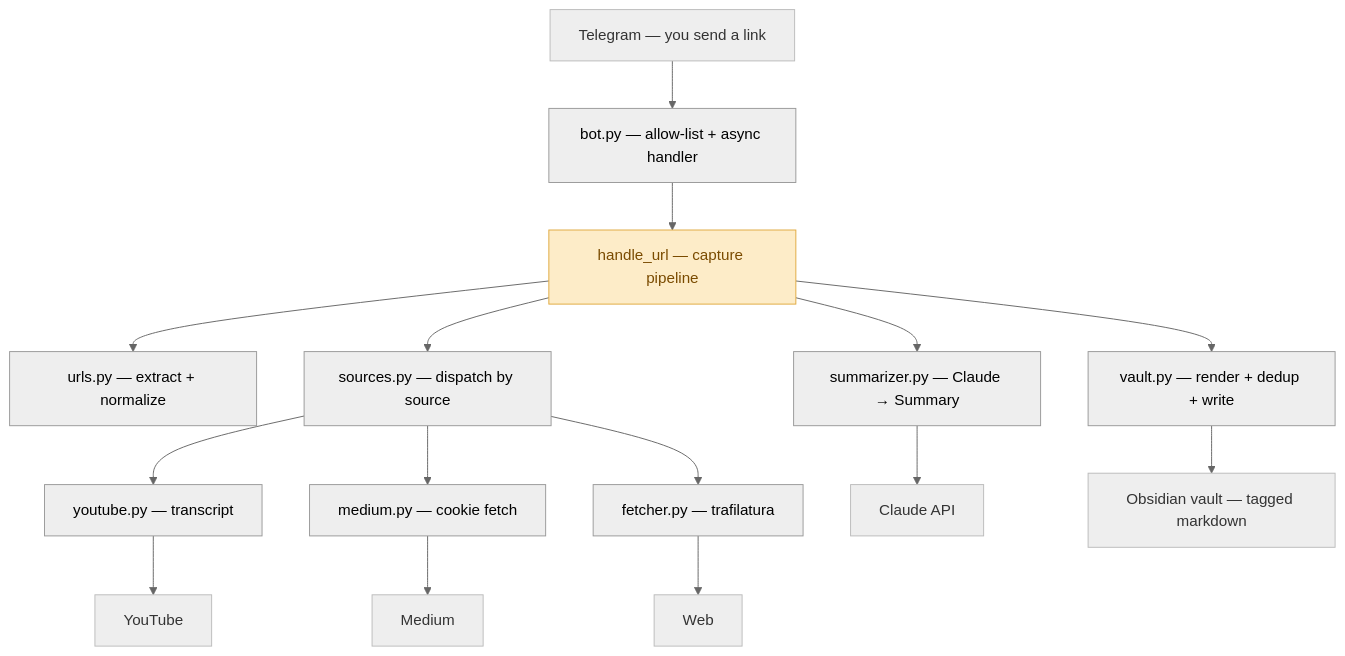
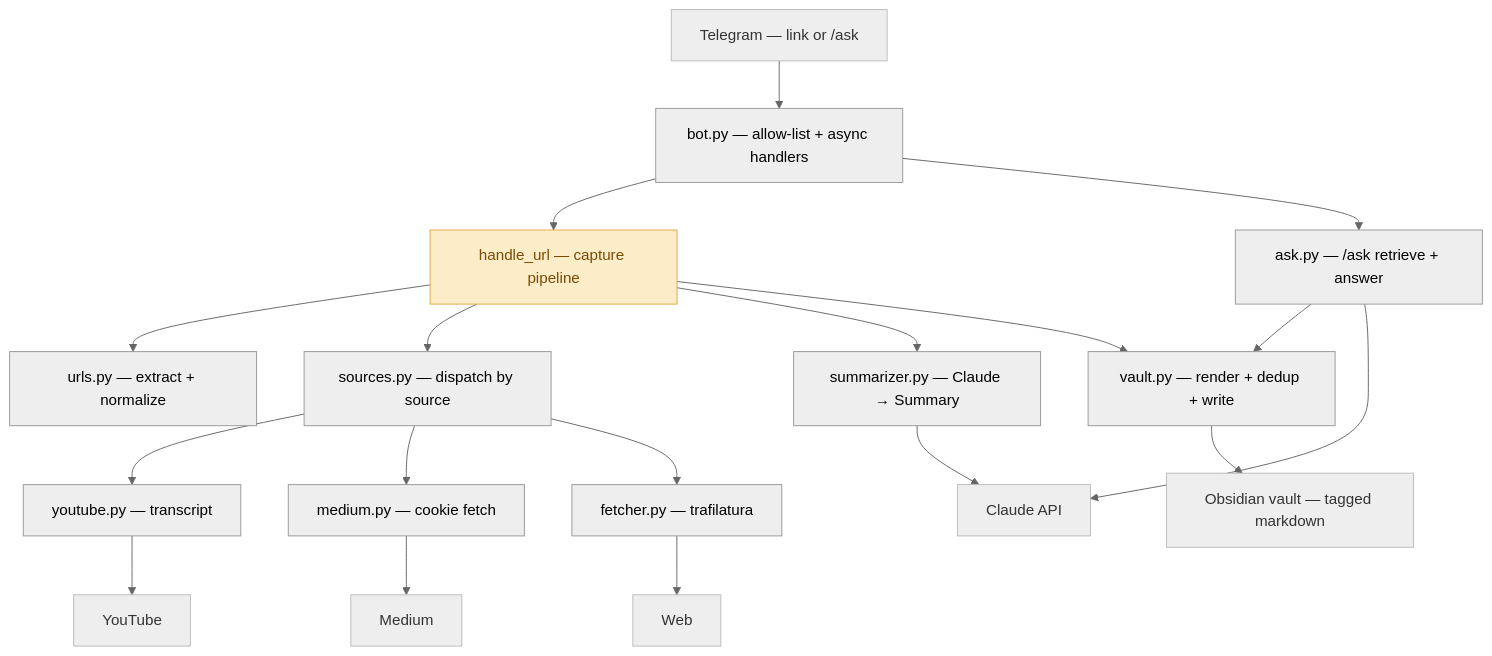
The first of 2 diagrams in README.md (rhuanca/example-second-brain), drawn with Mermaid (neutral theme) before and after one commit. The commit also changed other lines of this file and 7 other files, not shown here.

````diff
--- a/README.md
+++ b/README.md
@@ -106,22 +123,25 @@
 ```mermaid
 flowchart TD
-    tg["Telegram — you send a link"] --> bot["bot.py — allow-list + async handler"]
+    tg["Telegram — link or /ask"] --> bot["bot.py — allow-list + async handlers"]
     bot --> handle["handle_url — capture pipeline"]
+    bot --> ask["ask.py — /ask retrieve + answer"]
+    ask --> vault
+    ask --> claude
     handle --> urls["urls.py — extract + normalize"]
     handle --> sources["sources.py — dispatch by source"]
     handle --> summarizer["summarizer.py — Claude → Summary"]
     handle --> vault["vault.py — render + dedup + write"]
     sources --> youtube["youtube.py — transcript"]
     sources --> medium["medium.py — cookie fetch"]
     sources --> fetcher["fetcher.py — trafilatura"]
     summarizer --> claude["Claude API"]
     vault --> obsidian["Obsidian vault — tagged markdown"]
     youtube --> yt["YouTube"]
     medium --> md["Medium"]
     fetcher --> web["Web"]
 
     classDef focal fill:#fdecc8,stroke:#e0a93f,color:#7a4b00;
     classDef ext fill:#eeeeee,stroke:#bbbbbb,color:#333333;
     class handle focal;
     class tg,claude,obsidian,yt,md,web ext;
 ```
````
